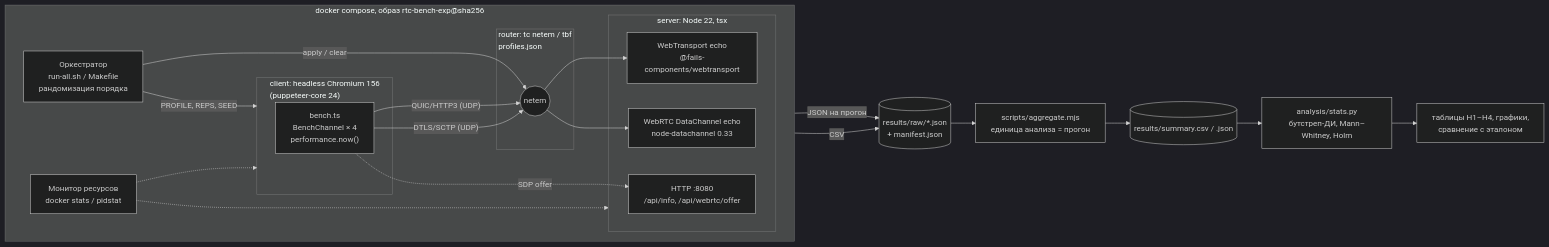
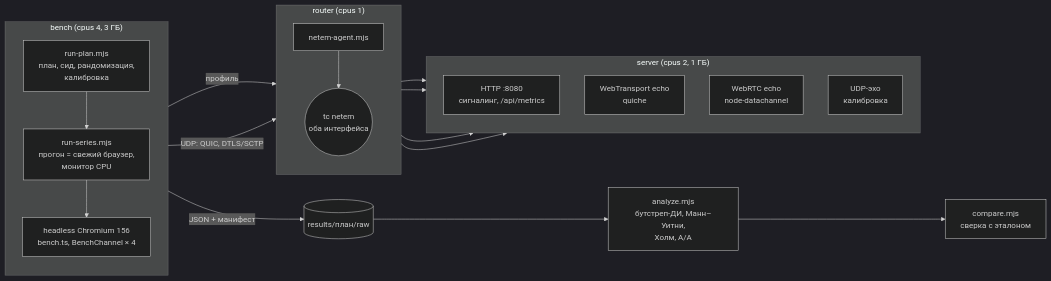
One commit to HeavenlyGandalf/rtc-benchmark changed the diagram in reports/pr3-experiment-design.md. Above: the diagram before and after it, drawn with Mermaid (dark theme). The commit also changed other lines of this file and 1 other file, not shown here.

Commit message:
Rewrite the PR-3 report with stand results and add a Word version

````diff
--- a/reports/pr3-experiment-design.md
+++ b/reports/pr3-experiment-design.md
@@ -311,34 +339,33 @@
 ```mermaid
 flowchart LR
-  subgraph Stand["docker compose, образ rtc-bench-exp@sha256"]
-    direction LR
-    ORCH["Оркестратор<br/>run-all.sh / Makefile<br/>рандомизация порядка"]
-    subgraph Client["client: headless Chromium 156<br/>(puppeteer-core 24)"]
-      BENCH["bench.ts<br/>BenchChannel × 4<br/>performance.now()"]
-    end
-    subgraph Router["router: tc netem / tbf<br/>profiles.json"]
-      NETEM(("netem"))
-    end
-    subgraph Server["server: Node 22, tsx"]
-      SIG["HTTP :8080<br/>/api/info, /api/webrtc/offer"]
-      WT["WebTransport echo<br/>@fails-components/webtransport"]
-      RTC["WebRTC DataChannel echo<br/>node-datachannel 0.33"]
-    end
-    MON["Монитор ресурсов<br/>docker stats / pidstat"]
+  subgraph Bench["bench (cpus 4, 3 ГБ)"]
+    direction TB
+    ORCH["run-plan.mjs<br/>план, сид, рандомизация,<br/>калибровка"]
+    SERIES["run-series.mjs<br/>прогон = свежий браузер,<br/>монитор CPU"]
+    CHR["headless Chromium 156<br/>bench.ts, BenchChannel × 4"]
+    ORCH --> SERIES --> CHR
   end
-  ORCH -->|"PROFILE, REPS, SEED"| Client
-  ORCH -->|"apply / clear"| NETEM
-  BENCH -->|"QUIC/HTTP3 (UDP)"| NETEM
-  BENCH -->|"DTLS/SCTP (UDP)"| NETEM
+  subgraph Router["router (cpus 1)"]
+    direction TB
+    AGENT["netem-agent.mjs"]
+    NETEM(("tc netem<br/>оба интерфейса"))
+    AGENT --> NETEM
+  end
+  subgraph Server["server (cpus 2, 1 ГБ)"]
+    direction TB
+    SIG["HTTP :8080<br/>сигналинг, /api/metrics"]
+    WT["WebTransport echo<br/>quiche"]
+    RTC["WebRTC echo<br/>node-datachannel"]
+    UDP["UDP-эхо<br/>калибровка"]
+  end
+  ORCH -->|"профиль"| AGENT
+  CHR -->|"UDP: QUIC, DTLS/SCTP"| NETEM
+  NETEM --> SIG
   NETEM --> WT
   NETEM --> RTC
-  BENCH -.->|"SDP offer"| SIG
-  MON -.-> Client
-  MON -.-> Server
-  BENCH -->|"JSON на прогон"| RAW[("results/raw/*.json<br/>+ manifest.json")]
-  MON -->|"CSV"| RAW
-  RAW --> AGG["scripts/aggregate.mjs<br/>единица анализа = прогон"]
-  AGG --> SUM[("results/summary.csv / .json")]
-  SUM --> AN["analysis/stats.py<br/>бутстреп-ДИ, Mann–Whitney, Holm"]
-  AN --> REP["таблицы H1–H4, графики,<br/>сравнение с эталоном"]
+  NETEM --> UDP
+
+  SERIES -->|"JSON + манифест"| RAW[("results/план/raw")]
+  RAW --> AN["analyze.mjs<br/>бутстреп-ДИ, Манн–Уитни,<br/>Холм, A/A"]
+  AN --> CMP["compare.mjs<br/>сверка с эталоном"]
 ```
````
